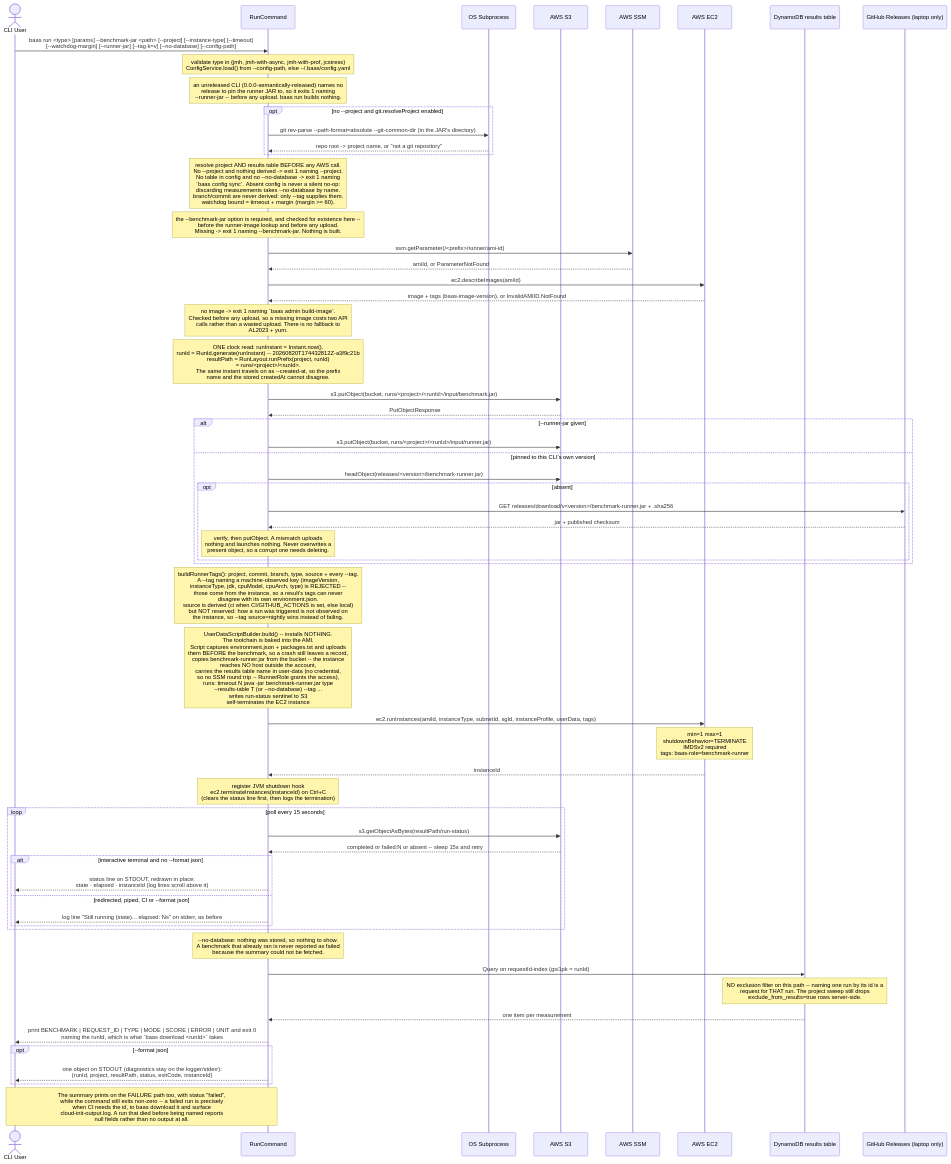
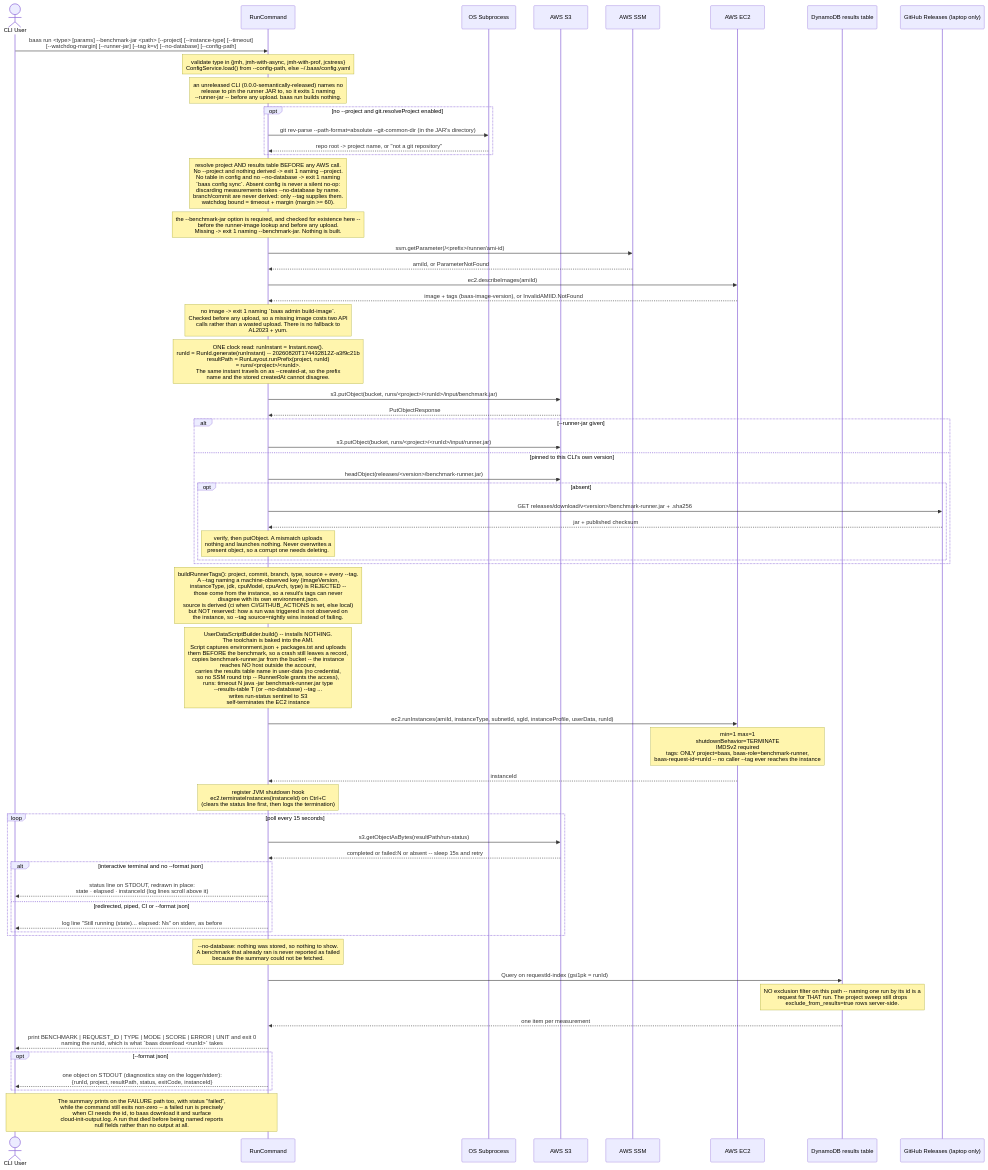
One commit to wsztajerowski/benchmark-as-a-service changed the diagram in docs/diagrams/baas-run.mmd. Above: the diagram before and after it, drawn with Mermaid. The commit also changed 7 other files, not shown here.

First line of the commit message:
fix(cli): tag the runner instance with the fixed tags only

```diff
--- a/docs/diagrams/baas-run.mmd
+++ b/docs/diagrams/baas-run.mmd
@@ -1,61 +1,61 @@
 sequenceDiagram
     actor User as CLI User
     participant RC as RunCommand
     participant Sub as OS Subprocess
     participant S3 as AWS S3
     participant SSM as AWS SSM
     participant EC2 as AWS EC2
     participant DDB as DynamoDB results table
     participant GH as GitHub Releases (laptop only)
 
     User->>RC: baas run <type> [params] --benchmark-jar <path> [--project] [--instance-type] [--timeout]<br/>[--watchdog-margin] [--runner-jar] [--tag k=v] [--no-database] [--config-path]
     Note over RC: validate type in {jmh, jmh-with-async, jmh-with-prof, jcstress}<br/>ConfigService.load() from --config-path, else ~/.baas/config.yaml
     Note over RC: an unreleased CLI (0.0.0-semantically-released) names no<br/>release to pin the runner JAR to, so it exits 1 naming<br/>--runner-jar -- before any upload. baas run builds nothing.
     opt no --project and git.resolveProject enabled
         RC->>Sub: git rev-parse --path-format=absolute --git-common-dir (in the JAR's directory)
         Sub-->>RC: repo root -> project name, or "not a git repository"
     end
     Note over RC: resolve project AND results table BEFORE any AWS call.<br/>No --project and nothing derived -> exit 1 naming --project.<br/>No table in config and no --no-database -> exit 1 naming<br/>`baas config sync`. Absent config is never a silent no-op:<br/>discarding measurements takes --no-database by name.<br/>branch/commit are never derived: only --tag supplies them.<br/>watchdog bound = timeout + margin (margin >= 60).
     Note over RC: the --benchmark-jar option is required, and checked for existence here --<br/>before the runner-image lookup and before any upload.<br/>Missing -> exit 1 naming --benchmark-jar. Nothing is built.
     RC->>SSM: ssm.getParameter(/<prefix>/runner/ami-id)
     SSM-->>RC: amiId, or ParameterNotFound
     RC->>EC2: ec2.describeImages(amiId)
     EC2-->>RC: image + tags (baas-image-version), or InvalidAMIID.NotFound
     Note over RC: no image -> exit 1 naming `baas admin build-image`.<br/>Checked before any upload, so a missing image costs two API<br/>calls rather than a wasted upload. There is no fallback to<br/>AL2023 + yum.
     Note over RC: ONE clock read: runInstant = Instant.now().<br/>runId = RunId.generate(runInstant) -- 20260820T174432812Z-a3f9c21b<br/>resultPath = RunLayout.runPrefix(project, runId)<br/>= runs/<project>/<runId>.<br/>The same instant travels on as --created-at, so the prefix<br/>name and the stored createdAt cannot disagree.
     RC->>S3: s3.putObject(bucket, runs/<project>/<runId>/input/benchmark.jar)
     S3-->>RC: PutObjectResponse
     alt --runner-jar given
         RC->>S3: s3.putObject(bucket, runs/<project>/<runId>/input/runner.jar)
     else pinned to this CLI's own version
         RC->>S3: headObject(releases/<version>/benchmark-runner.jar)
         opt absent
             RC->>GH: GET releases/download/v<version>/benchmark-runner.jar + .sha256
             GH-->>RC: jar + published checksum
             Note over RC: verify, then putObject. A mismatch uploads<br/>nothing and launches nothing. Never overwrites a<br/>present object, so a corrupt one needs deleting.
         end
     end
     Note over RC: buildRunnerTags(): project, commit, branch, type, source + every --tag.<br/>A --tag naming a machine-observed key (imageVersion,<br/>instanceType, jdk, cpuModel, cpuArch, type) is REJECTED --<br/>those come from the instance, so a result's tags can never<br/>disagree with its own environment.json.<br/>source is derived (ci when CI/GITHUB_ACTIONS is set, else local)<br/>but NOT reserved: how a run was triggered is not observed on<br/>the instance, so --tag source=nightly wins instead of failing.
     Note over RC: UserDataScriptBuilder.build() -- installs NOTHING.<br/>The toolchain is baked into the AMI.<br/>Script captures environment.json + packages.txt and uploads<br/>them BEFORE the benchmark, so a crash still leaves a record,<br/>copies benchmark-runner.jar from the bucket -- the instance<br/>reaches NO host outside the account,<br/>carries the results table name in user-data (no credential,<br/>so no SSM round trip -- RunnerRole grants the access),<br/>runs: timeout N java -jar benchmark-runner.jar type<br/>--results-table T (or --no-database) --tag ... <br/>writes run-status sentinel to S3<br/>self-terminates the EC2 instance
-    RC->>EC2: ec2.runInstances(amiId, instanceType, subnetId, sgId, instanceProfile, userData, tags)
-    Note over EC2: min=1 max=1<br/>shutdownBehavior=TERMINATE<br/>IMDSv2 required<br/>tags: baas-role=benchmark-runner
+    RC->>EC2: ec2.runInstances(amiId, instanceType, subnetId, sgId, instanceProfile, userData, runId)
+    Note over EC2: min=1 max=1<br/>shutdownBehavior=TERMINATE<br/>IMDSv2 required<br/>tags: ONLY project=baas, baas-role=benchmark-runner,<br/>baas-request-id=runId -- no caller --tag ever reaches the instance
     EC2-->>RC: instanceId
     Note over RC: register JVM shutdown hook<br/>ec2.terminateInstances(instanceId) on Ctrl+C<br/>(clears the status line first, then logs the termination)
     loop poll every 15 seconds
         RC->>S3: s3.getObjectAsBytes(resultPath/run-status)
         S3-->>RC: completed or failed:N or absent -- sleep 15s and retry
         alt interactive terminal and no --format json
             RC-->>User: status line on STDOUT, redrawn in place:<br/>state · elapsed · instanceId (log lines scroll above it)
         else redirected, piped, CI or --format json
             RC-->>User: log line "Still running (state)... elapsed: Ns" on stderr, as before
         end
     end
     Note over RC: --no-database: nothing was stored, so nothing to show.<br/>A benchmark that already ran is never reported as failed<br/>because the summary could not be fetched.
     RC->>DDB: Query on requestId-index (gsi1pk = runId)
     Note over DDB: NO exclusion filter on this path -- naming one run by its id is a<br/>request for THAT run. The project sweep still drops<br/>exclude_from_results=true rows server-side.
     DDB-->>RC: one item per measurement
     RC-->>User: print BENCHMARK | REQUEST_ID | TYPE | MODE | SCORE | ERROR | UNIT and exit 0<br/>naming the runId, which is what `baas download <runId>` takes
     opt --format json
         RC-->>User: one object on STDOUT (diagnostics stay on the logger/stderr):<br/>{runId, project, resultPath, status, exitCode, instanceId}
     end
     Note over RC,User: The summary prints on the FAILURE path too, with status "failed",<br/>while the command still exits non-zero -- a failed run is precisely<br/>when CI needs the id, to baas download it and surface<br/>cloud-init-output.log. A run that died before being named reports<br/>null fields rather than no output at all.
```
